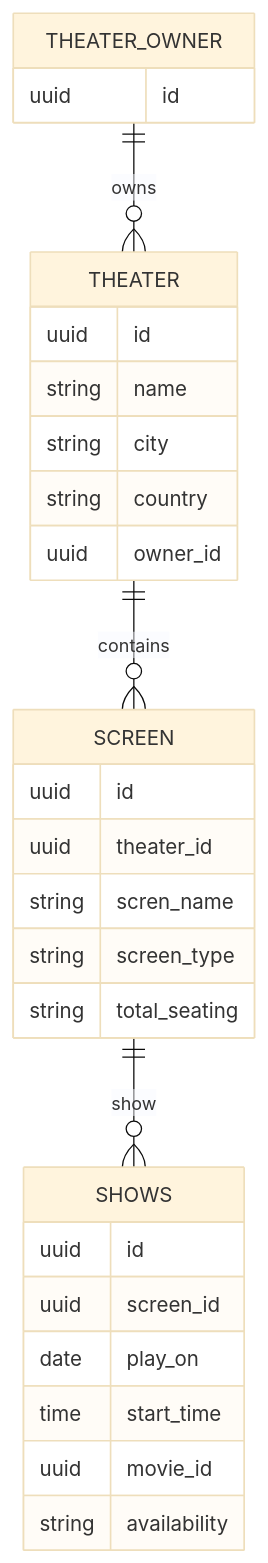
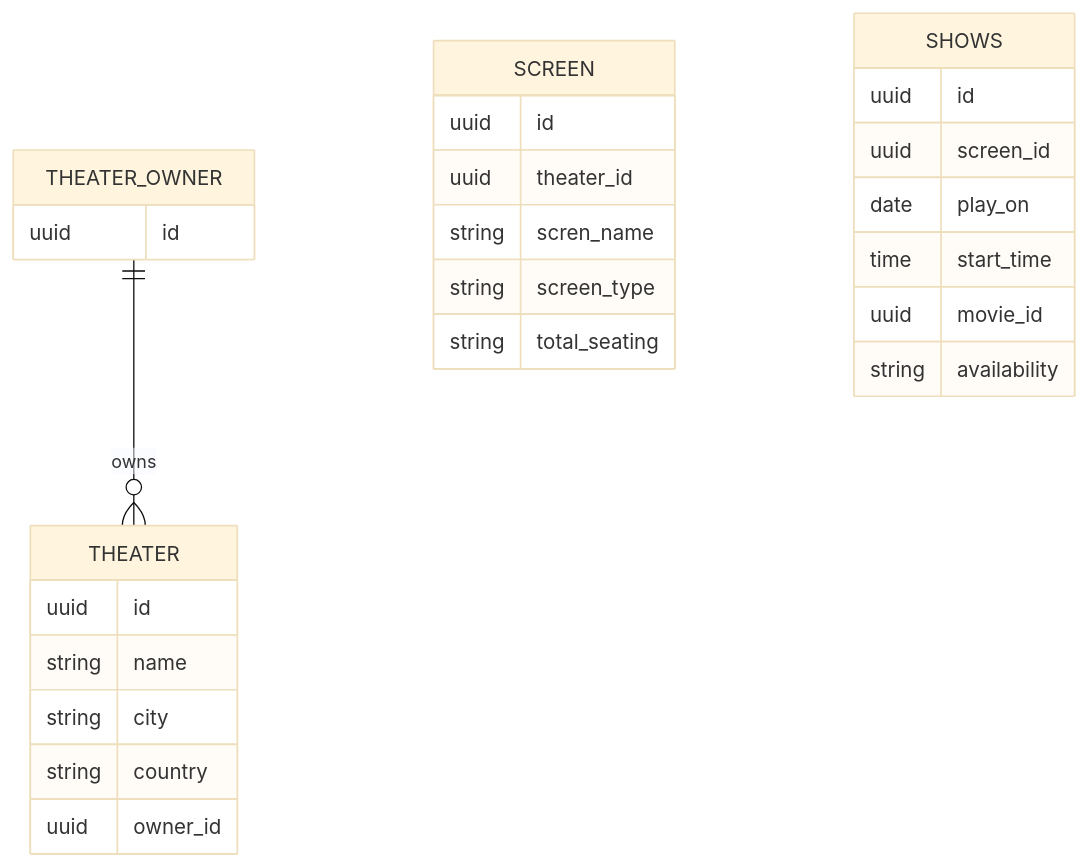
One commit to adityakeyal/ticket-booking-micro-service changed the diagram in architecture/erd/theater-service.md. Above: the diagram before and after it, drawn with Mermaid (base theme). The commit also changed 79 other files, not shown here.

```diff
--- a/architecture/erd/theater-service.md
+++ b/architecture/erd/theater-service.md
@@ -1,31 +1,30 @@
 <div class="mermaid">  
 erDiagram
     THEATER_OWNER {
         uuid id
     }
     THEATER {
         uuid id
         string name
         string city
         string country
         uuid owner_id
     }
     SCREEN {
         uuid id
         uuid theater_id
         string scren_name
         string screen_type
         string total_seating
     }
     SHOWS {
         uuid id
         uuid screen_id
         date play_on
         time start_time 
         uuid movie_id
         string availability
     }
     THEATER_OWNER ||--o{ THEATER : owns
-    THEATER ||--o{ SCREEN : contains
-    SCREEN ||--o{ SHOWS : show
+    
 </div>
```
